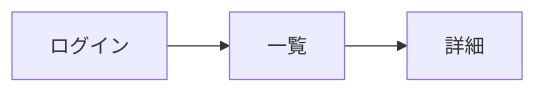
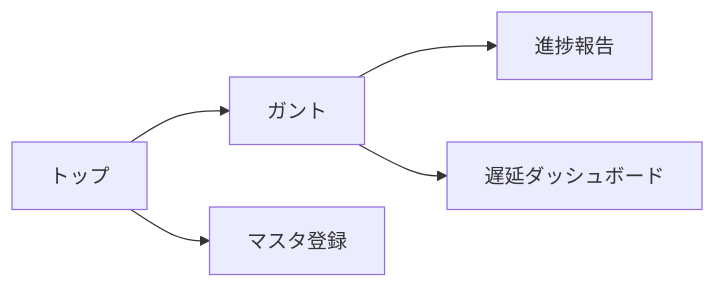
The diagram in docs/ui.md (saainekoaidev/ReqTrack), drawn with Mermaid before and after one commit. The commit also changed other lines of this file and 45 other files, not shown here.

````diff
--- a/docs/ui.md
+++ b/docs/ui.md
@@ -17,5 +18,7 @@
 ```mermaid
 graph LR
-  S01[ログイン] --> S02[一覧]
-  S02 --> S03[詳細]
+  S01[トップ] --> S02[ガント]
+  S01 --> S03[マスタ登録]
+  S02 --> S04[進捗報告]
+  S02 --> S05[遅延ダッシュボード]
 ```
````
